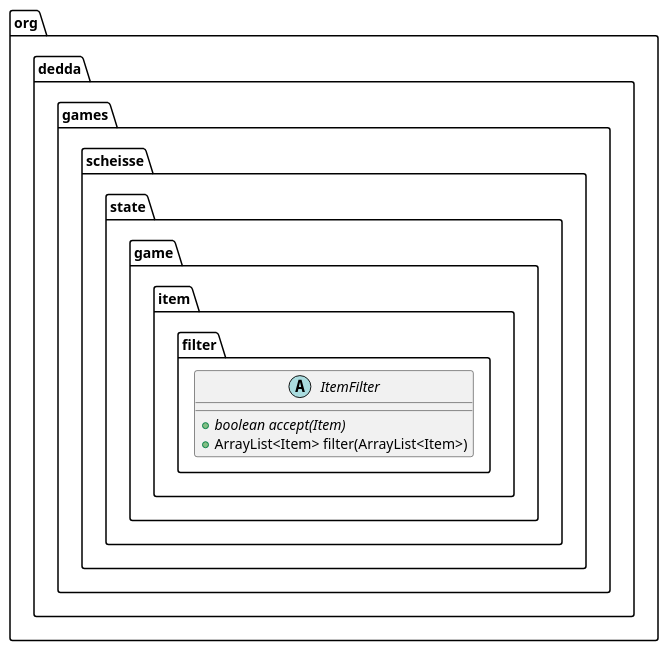
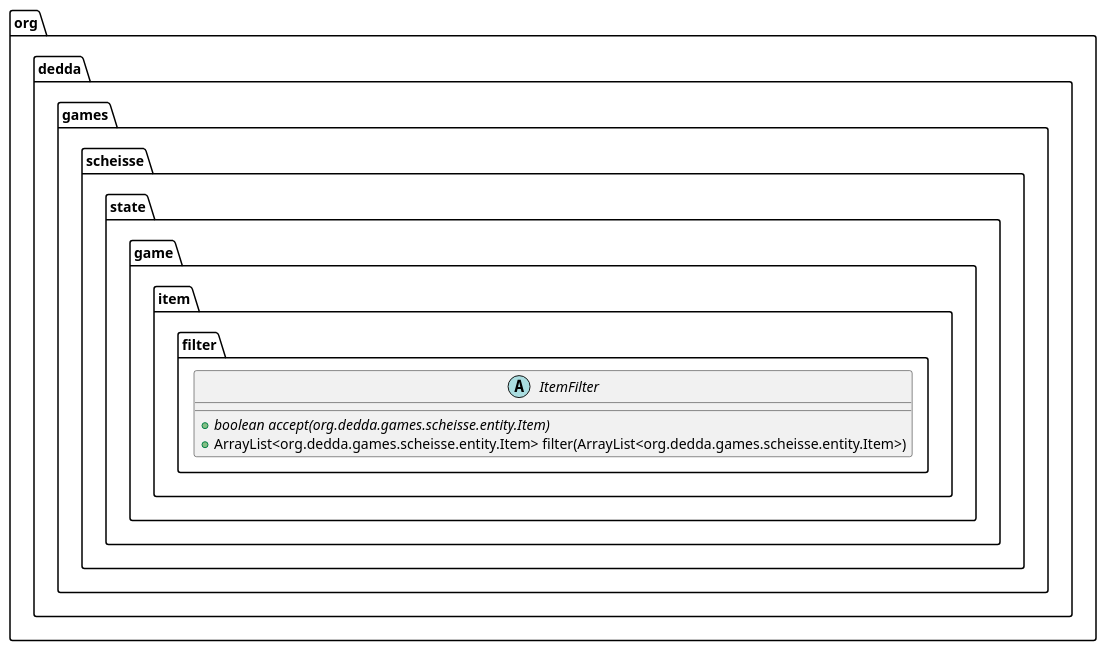
The diagram in game/uml/classes/org.dedda.games.scheisse.state.game.item.filter.ItemFilter.puml (gitter-badger/scheisse), drawn with PlantUML before and after one commit. The commit also changed 23 other files, not shown here.

```diff
--- a/game/uml/classes/org.dedda.games.scheisse.state.game.item.filter.ItemFilter.puml
+++ b/game/uml/classes/org.dedda.games.scheisse.state.game.item.filter.ItemFilter.puml
@@ -1,6 +1,6 @@
 @startuml
 abstract class org.dedda.games.scheisse.state.game.item.filter.ItemFilter{
-    + {abstract} boolean accept(Item)
-    + ArrayList<Item> filter(ArrayList<Item>)
+    + {abstract} boolean accept(org.dedda.games.scheisse.entity.Item)
+    + ArrayList<org.dedda.games.scheisse.entity.Item> filter(ArrayList<org.dedda.games.scheisse.entity.Item>)
 }
 @enduml
```
